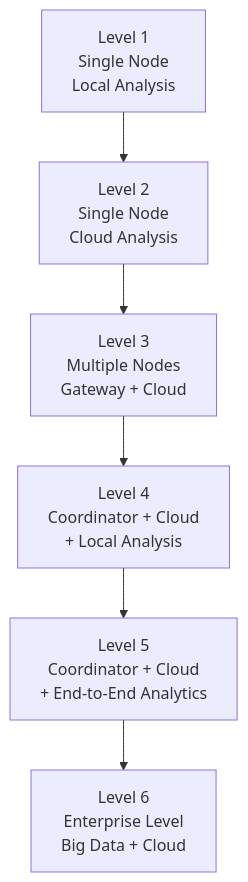
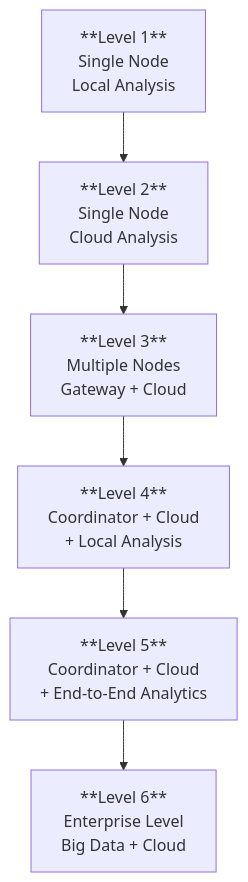
The second of 13 diagrams in Unofficial-QB/Unofficial-QB-Claude-Ans.md (lazgaming70/IOT-CIA-1), drawn with Mermaid before and after one commit. The commit also changed other lines of this file, not shown here.

Commit message:
Bolded some box titles in mermaidjs code blocks

````diff
--- a/Unofficial-QB/Unofficial-QB-Claude-Ans.md
+++ b/Unofficial-QB/Unofficial-QB-Claude-Ans.md
@@ -308,20 +308,20 @@
 ```mermaid
 flowchart TD
-    L1[Level 1
+    L1[**Level 1**
     Single Node
-    Local Analysis] --> L2[Level 2
+    Local Analysis] --> L2[**Level 2**
     Single Node
     Cloud Analysis]
-    L2 --> L3[Level 3
+    L2 --> L3[**Level 3**
     Multiple Nodes
     Gateway + Cloud]
-    L3 --> L4[Level 4
+    L3 --> L4[**Level 4**
     Coordinator + Cloud
     + Local Analysis]
-    L4 --> L5[Level 5
+    L4 --> L5[**Level 5**
     Coordinator + Cloud
     + End-to-End Analytics]
-    L5 --> L6[Level 6
+    L5 --> L6[**Level 6**
     Enterprise Level
     Big Data + Cloud]
 ```
````
